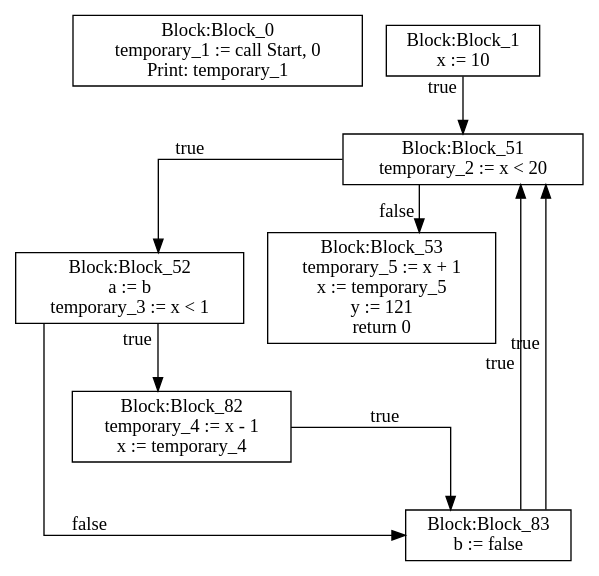
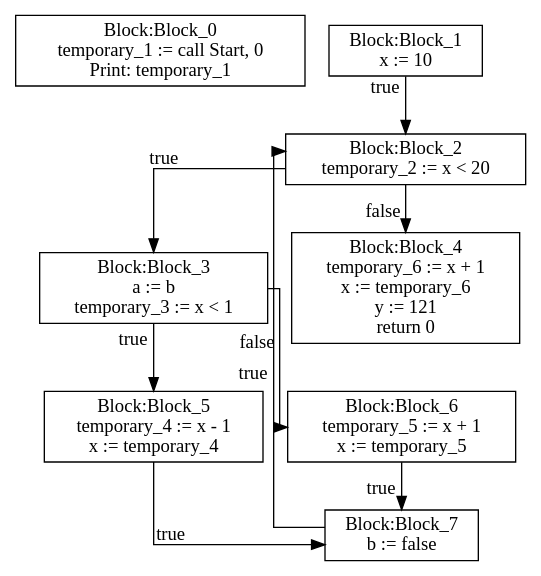
One commit to moondog-matthew/compiler-dv1655 changed the diagram in lab3/CFG-tree.dot. Above: the diagram before and after it, drawn with Graphviz. The commit also changed 4 other files, not shown here.

```diff
--- a/lab3/CFG-tree.dot
+++ b/lab3/CFG-tree.dot
@@ -1,34 +1,35 @@
 digraph {
 graph [ splines = ortho ]
 	node [ shape = box ];
 Block_0 [label="Block:Block_0
 temporary_1 := call Start, 0
 Print: temporary_1"];
 Block_1 [label="Block:Block_1
 x := 10"];
-Block_1 -> Block_51 [xlabel = "true"]
-Block_51 [label="Block:Block_51
+Block_1 -> Block_2 [xlabel = "true"]
+Block_2 [label="Block:Block_2
 temporary_2 := x < 20"];
-Block_51 -> Block_52 [xlabel = "true"]
-Block_52 [label="Block:Block_52
+Block_2 -> Block_3 [xlabel = "true"]
+Block_3 [label="Block:Block_3
 a := b
 temporary_3 := x < 1"];
-Block_52 -> Block_82 [xlabel = "true"]
-Block_82 [label="Block:Block_82
+Block_3 -> Block_5 [xlabel = "true"]
+Block_5 [label="Block:Block_5
 temporary_4 := x - 1
 x := temporary_4"];
-Block_82 -> Block_83 [xlabel = "true"]
-Block_83 [label="Block:Block_83
+Block_5 -> Block_7 [xlabel = "true"]
+Block_7 [label="Block:Block_7
 b := false"];
-Block_83 -> Block_51 [xlabel = "true"]
-Block_52 -> Block_83 [xlabel = "false"]
-Block_83 [label="Block:Block_83
-b := false"];
-Block_83 -> Block_51 [xlabel = "true"]
-Block_51 -> Block_53 [xlabel = "false"]
-Block_53 [label="Block:Block_53
+Block_7 -> Block_2 [xlabel = "true"]
+Block_3 -> Block_6 [xlabel = "false"]
+Block_6 [label="Block:Block_6
 temporary_5 := x + 1
-x := temporary_5
+x := temporary_5"];
+Block_6 -> Block_7 [xlabel = "true"]
+Block_2 -> Block_4 [xlabel = "false"]
+Block_4 [label="Block:Block_4
+temporary_6 := x + 1
+x := temporary_6
 y := 121
 return 0"];
 }
```
